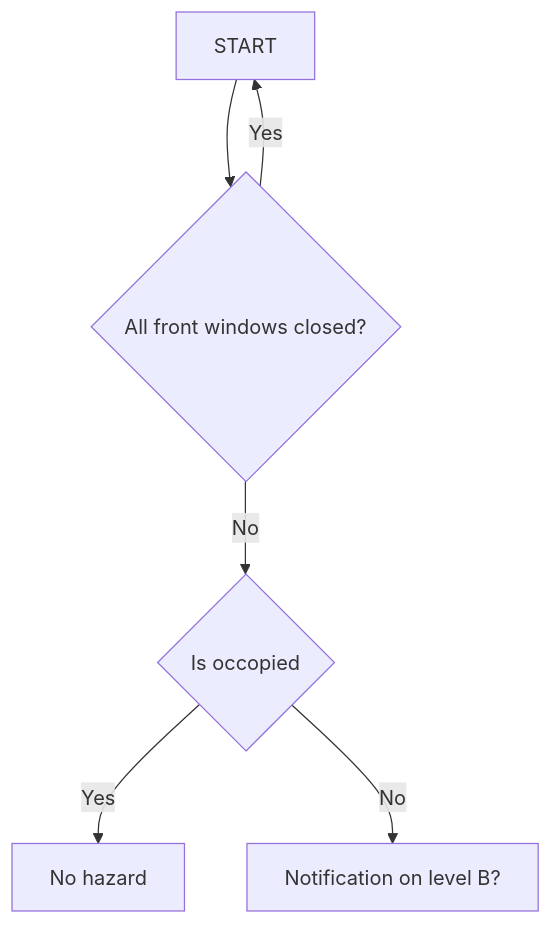
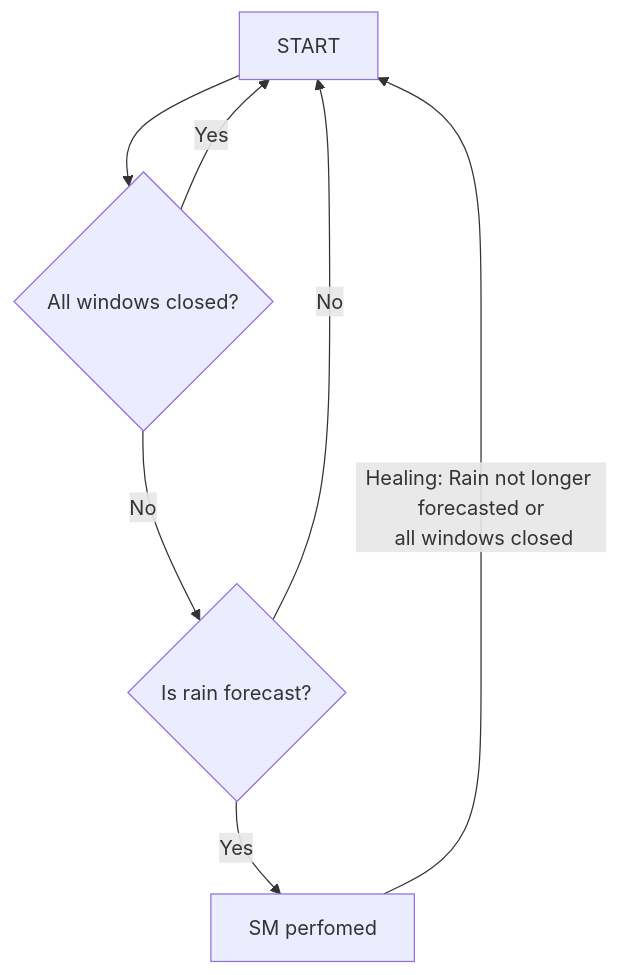
Before and after one commit to Arkaqius/SafetyComponent: the fourth of 6 diagrams in SafetyConcept/SafetyConcept.md, drawn with Mermaid. The commit also changed other lines of this file, not shown here.

````diff
--- a/SafetyConcept/SafetyConcept.md
+++ b/SafetyConcept/SafetyConcept.md
@@ -414,9 +451,9 @@
 ```mermaid
 flowchart TD
-    A[START] -->| | B{All front windows closed?}
+    A[START] -->| | B{All windows closed?}
     B -->|Yes| A
-    B -->|No| C{Is occopied}
-    C -->|Yes| D[No hazard]
-    C -->|No| E[Notification on level B?]
-
+    B -->|No| C{Is rain forecast?}
+    C -->|No| A
+    C -->|Yes| E[SM perfomed]
+    E -->|Healing: Rain not longer forecasted or\n all windows closed| A
 ```
````
